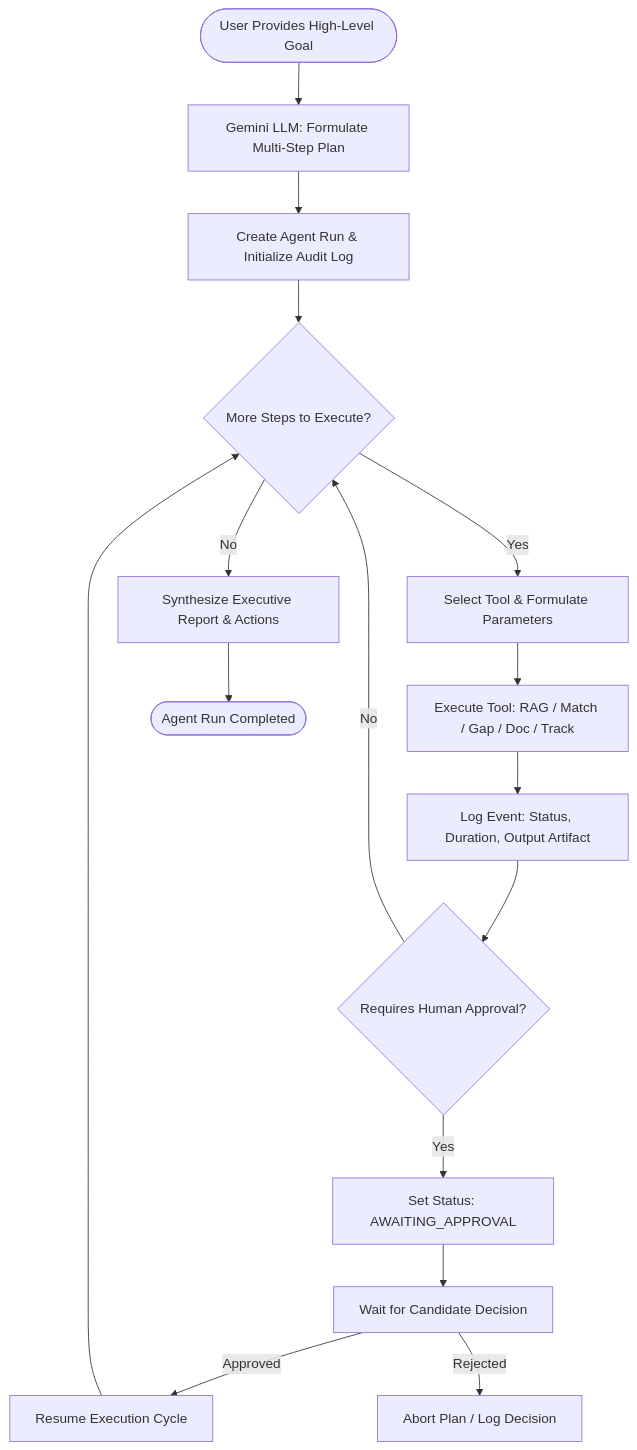
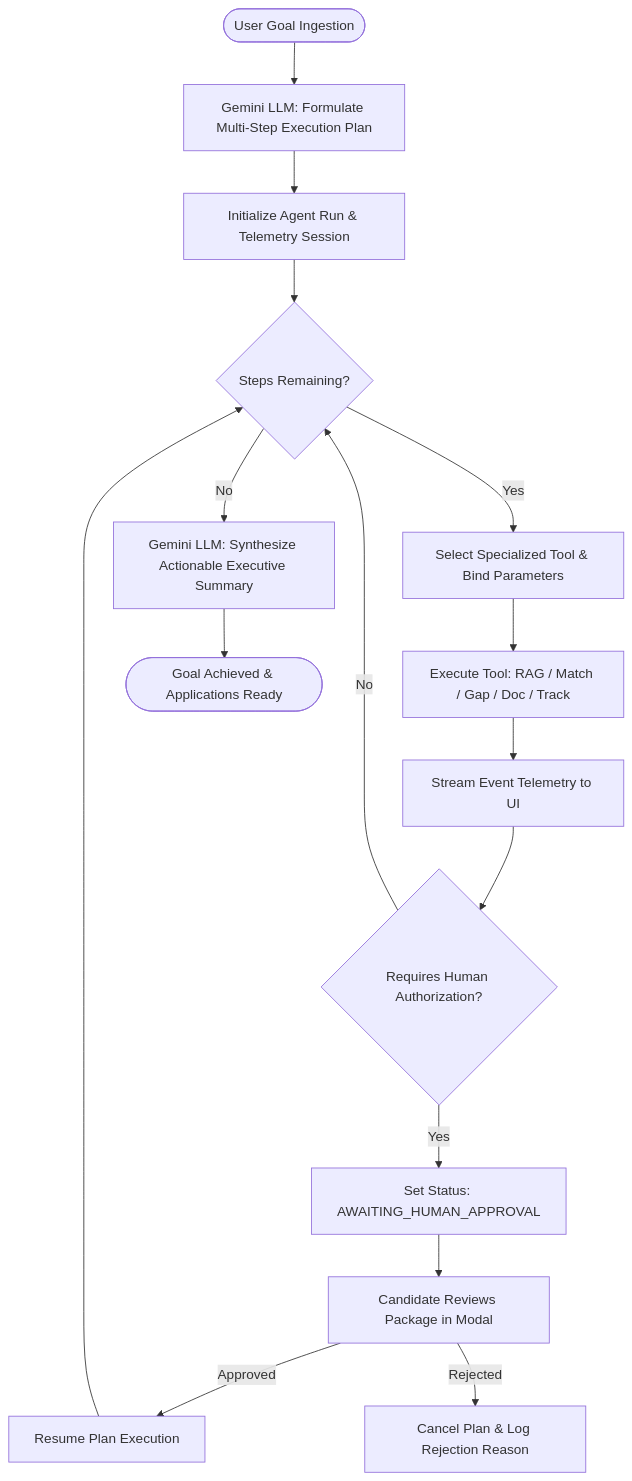
Before and after one commit to deepbisen-06/CareerForge-AI: the second of 4 diagrams in README.md, drawn with Mermaid. The commit also changed other lines of this file, not shown here.

````diff
--- a/README.md
+++ b/README.md
@@ -137,21 +139,21 @@
 ```mermaid
 flowchart TD
-    Start([User Provides High-Level Goal]) --> Plan[Gemini LLM: Formulate Multi-Step Plan]
-    Plan --> InitRun[Create Agent Run & Initialize Audit Log]
+    UserGoal([User Goal Ingestion]) --> PromptPlanner[Gemini LLM: Formulate Multi-Step Execution Plan]
+    PromptPlanner --> RunInit[Initialize Agent Run & Telemetry Session]
     
-    InitRun --> LoopStart{More Steps to Execute?}
-    LoopStart -- Yes --> ToolSelect[Select Tool & Formulate Parameters]
-    ToolSelect --> ToolExec[Execute Tool: RAG / Match / Gap / Doc / Track]
-    ToolExec --> EventLog[Log Event: Status, Duration, Output Artifact]
-    EventLog --> CheckGate{Requires Human Approval?}
+    RunInit --> StepLoop{Steps Remaining?}
+    StepLoop -- Yes --> SelectTool[Select Specialized Tool & Bind Parameters]
+    SelectTool --> ExecTool[Execute Tool: RAG / Match / Gap / Doc / Track]
+    ExecTool --> Telemetry[Stream Event Telemetry to UI]
+    Telemetry --> GateCheck{Requires Human Authorization?}
     
-    CheckGate -- Yes --> Pause[Set Status: AWAITING_APPROVAL]
-    Pause --> UserAction[Wait for Candidate Decision]
-    UserAction -- Approved --> Resume[Resume Execution Cycle]
-    UserAction -- Rejected --> Cancel[Abort Plan / Log Decision]
-    Resume --> LoopStart
+    GateCheck -- Yes --> PauseState[Set Status: AWAITING_HUMAN_APPROVAL]
+    PauseState --> UserDecision[Candidate Reviews Package in Modal]
+    UserDecision -- Approved --> ResumeRun[Resume Plan Execution]
+    UserDecision -- Rejected --> AbortRun[Cancel Plan & Log Rejection Reason]
+    ResumeRun --> StepLoop
     
-    CheckGate -- No --> LoopStart
-    LoopStart -- No --> FinalSummary[Synthesize Executive Report & Actions]
-    FinalSummary --> Complete([Agent Run Completed])
+    GateCheck -- No --> StepLoop
+    StepLoop -- No --> ReportSynthesis[Gemini LLM: Synthesize Actionable Executive Summary]
+    ReportSynthesis --> Done([Goal Achieved & Applications Ready])
 ```
````
